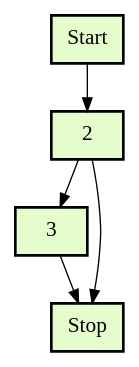
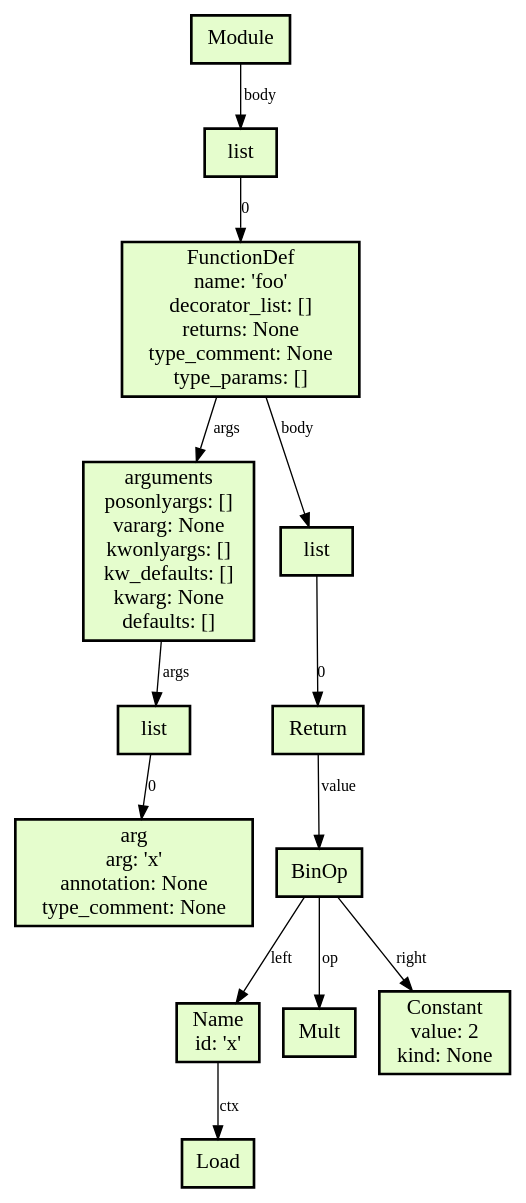
One commit to UnTea/Compiler-ish changed the diagram in output/output.dot. Above: the diagram before and after it, drawn with Graphviz. The commit also changed 2 other files, not shown here.

```diff
--- a/output/output.dot
+++ b/output/output.dot
@@ -1,13 +1,30 @@
 digraph G {
-    node [fontname = "Fira Code" fontsize = 16
-    style = filled fillcolor = "#E5FDCD" penwidth = 2]
-    edge [fontname = "Fira Code" fontsize = 12]
-    Start [label = "Start" shape = box]
-    2 [label = "2" shape = box]
-    3 [label = "3" shape = box]
-    Stop [label = "Stop" shape = box]
-    Start -> 2
-    2 -> 3
-    2 -> Stop
-    3 -> Stop
+	node [fontname = "Fira Code" fontsize = 16
+	style = filled fillcolor = "#E5FDCD" penwidth = 2]
+	edge [fontname = "Fira Code" fontsize = 12]
+	0 [label="Module" shape=box]
+	1 [label="list" shape=box]
+	2 [label="FunctionDef\nname: 'foo'\ndecorator_list: []\nreturns: None\ntype_comment: None\ntype_params: []" shape=box]
+	3 [label="arguments\nposonlyargs: []\nvararg: None\nkwonlyargs: []\nkw_defaults: []\nkwarg: None\ndefaults: []" shape=box]
+	4 [label="list" shape=box]
+	5 [label="arg\narg: 'x'\nannotation: None\ntype_comment: None" shape=box]
+	6 [label="list" shape=box]
+	7 [label="Return\n" shape=box]
+	8 [label="BinOp\n" shape=box]
+	9 [label="Name\nid: 'x'" shape=box]
+	10 [label="Load\n" shape=box]
+	11 [label="Mult\n" shape=box]
+	12 [label="Constant\nvalue: 2\nkind: None" shape=box]
+	0 -> 1 [label="body"]
+	1 -> 2 [label="0"]
+	2 -> 3 [label="args"]
+	2 -> 6 [label="body"]
+	3 -> 4 [label="args"]
+	4 -> 5 [label="0"]
+	6 -> 7 [label="0"]
+	7 -> 8 [label="value"]
+	8 -> 9 [label="left"]
+	8 -> 11 [label="op"]
+	8 -> 12 [label="right"]
+	9 -> 10 [label="ctx"]
 }
```
